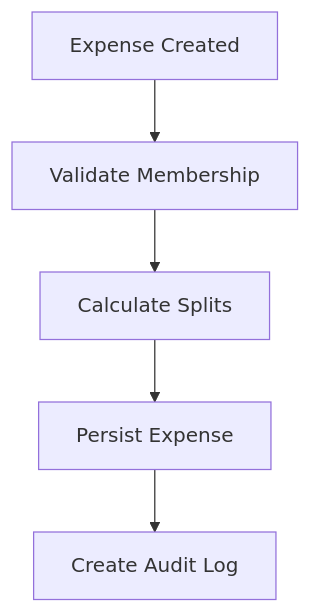
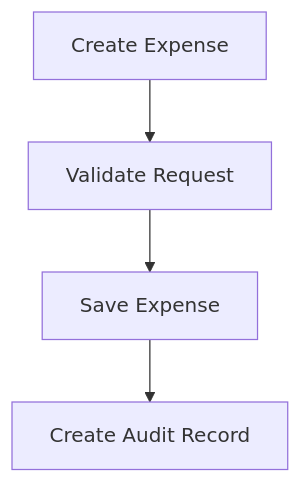
Before and after one commit to anoop-grover/spreetail-shared-expenses: the third of 5 diagrams in ARCHITECTURE.md, drawn with Mermaid. The commit also changed other lines of this file and 7 other files, not shown here.

````diff
--- a/ARCHITECTURE.md
+++ b/ARCHITECTURE.md
@@ -320,21 +322,17 @@
 ```mermaid
 flowchart TD
 
-Expense["Expense Created"]
+Expense["Create Expense"]
 
-Validate["Validate Membership"]
+Validate["Validate Request"]
 
-Split["Calculate Splits"]
+Store["Save Expense"]
 
-Store["Persist Expense"]
-
-Audit["Create Audit Log"]
+Audit["Create Audit Record"]
 
 Expense --> Validate
 
-Validate --> Split
-
-Split --> Store
+Validate --> Store
 
 Store --> Audit
 ```
````
